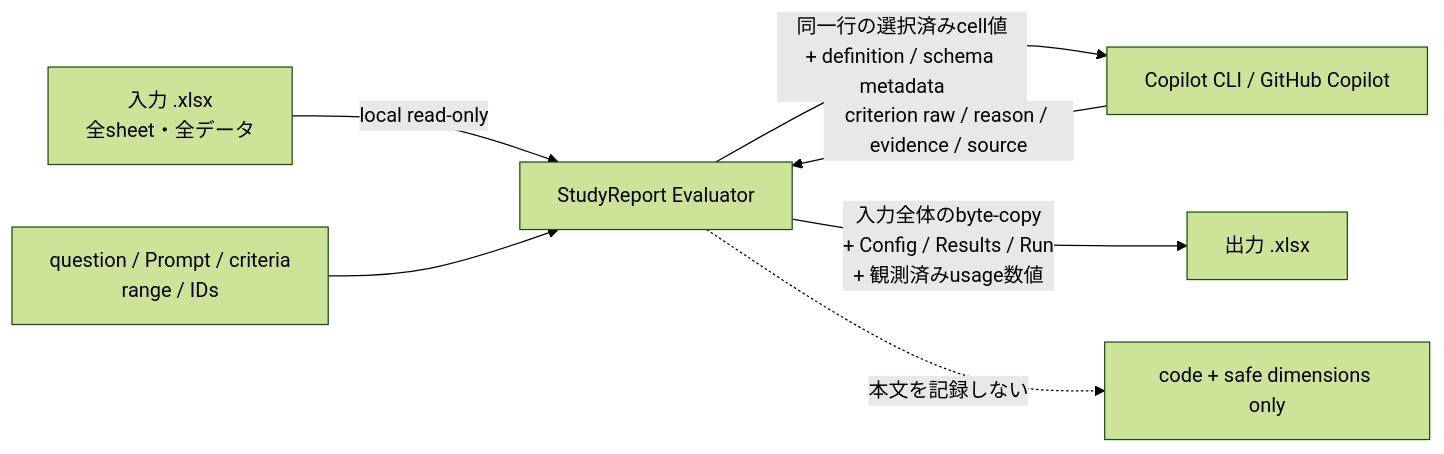
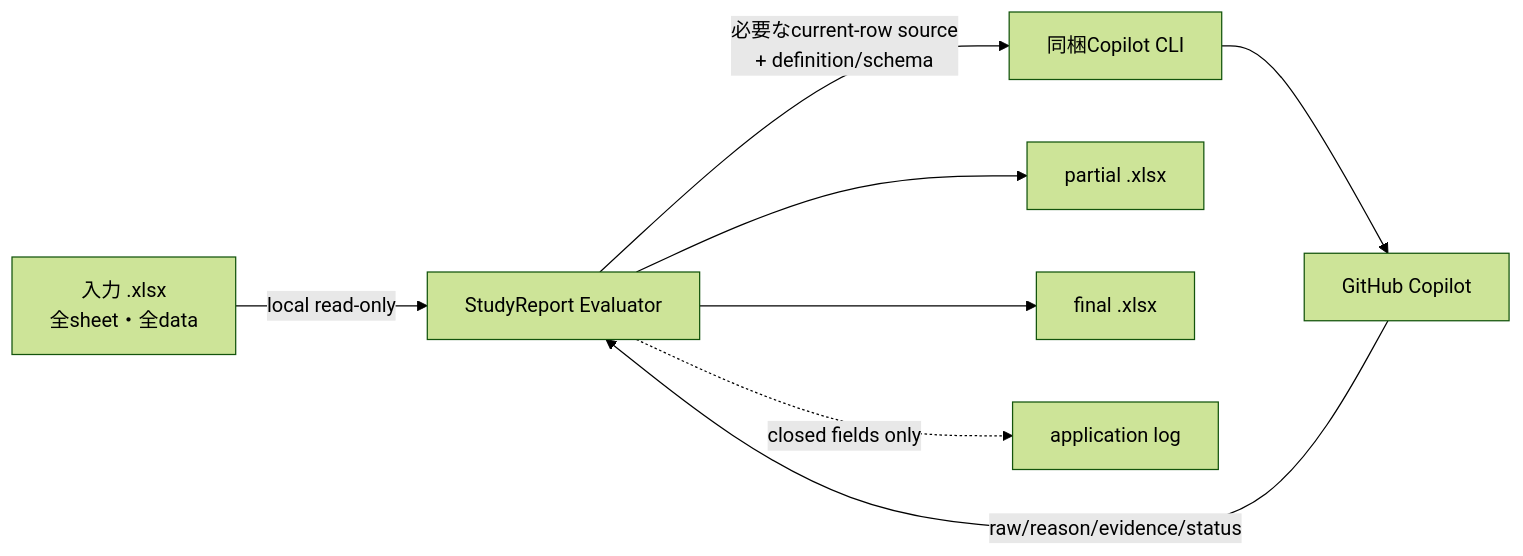
The diagram in docs/privacy-and-data-handling.md (dahatake/StudyReport-Evaluator), drawn with Mermaid (forest theme) before and after one commit. The commit also changed other lines of this file and 80 other files, not shown here.

````diff
--- a/docs/privacy-and-data-handling.md
+++ b/docs/privacy-and-data-handling.md
@@ -7,9 +7,10 @@
 ```mermaid
 flowchart LR
-    IN[入力 .xlsx\n全sheet・全データ] -->|local read-only| APP[StudyReport Evaluator]
-    DEF[question / Prompt / criteria\nrange / IDs] --> APP
-    APP -->|同一行の選択済みcell値\n+ definition / schema metadata| COPILOT[Copilot CLI / GitHub Copilot]
-    COPILOT -->|criterion raw / reason / evidence / source| APP
-    APP -->|入力全体のbyte-copy\n+ Config / Results / Run\n+ 観測済みusage数値| OUT[出力 .xlsx]
-    APP -.->|本文を記録しない| LOG[code + safe dimensions only]
+    IN[入力 .xlsx\n全sheet・全data] -->|local read-only| APP[StudyReport Evaluator]
+    APP -->|必要なcurrent-row source\n+ definition/schema| CLI[同梱Copilot CLI]
+    CLI --> GH[GitHub Copilot]
+    GH -->|raw/reason/evidence/status| APP
+    APP --> PARTIAL[partial .xlsx]
+    APP --> FINAL[final .xlsx]
+    APP -. closed fields only .-> LOG[application log]
 ```
````
